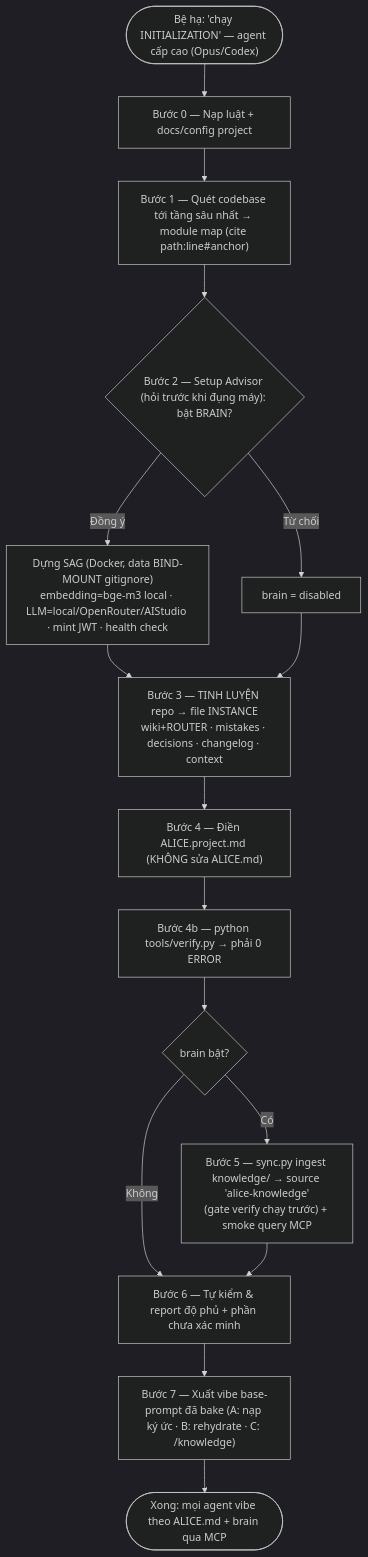
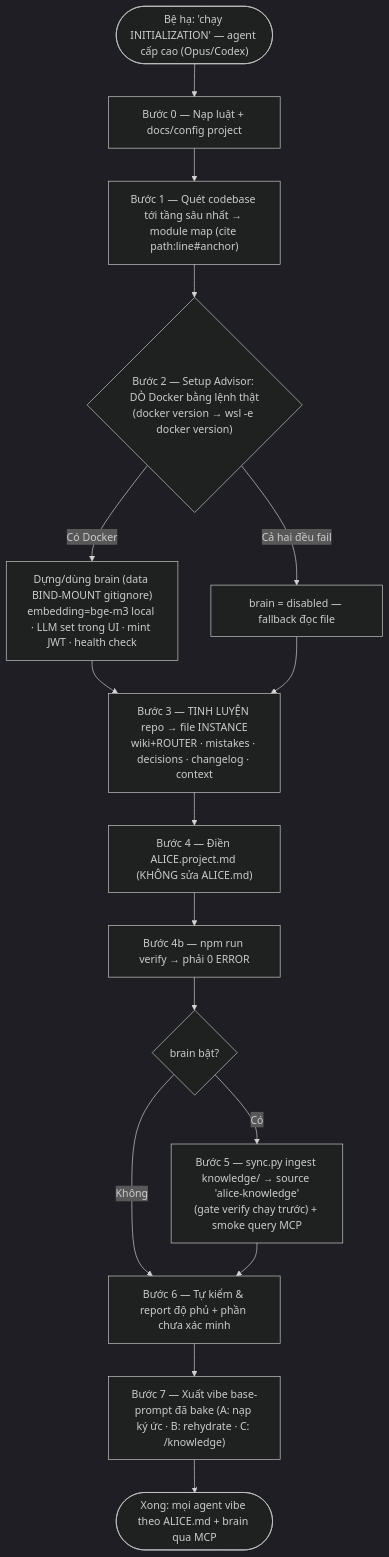
The diagram in INITIALIZATION.md (blueberry-sensei/alice-coding), drawn with Mermaid (dark theme) before and after one commit. The commit also changed other lines of this file and 30 other files, not shown here.

````diff
--- a/INITIALIZATION.md
+++ b/INITIALIZATION.md
@@ -11,18 +11,18 @@
 ```mermaid
 flowchart TD
     A(["Bệ hạ: 'chạy INITIALIZATION' — agent cấp cao (Opus/Codex)"]) --> B["Bước 0 — Nạp luật + docs/config project"]
     B --> C["Bước 1 — Quét codebase tới tầng sâu nhất → module map (cite path:line#anchor)"]
-    C --> D{"Bước 2 — Setup Advisor (hỏi trước khi đụng máy): bật BRAIN?"}
-    D -->|Đồng ý| E["Dựng SAG (Docker, data BIND-MOUNT gitignore)<br/>embedding=bge-m3 local · LLM=local/OpenRouter/AIStudio · mint JWT · health check"]
-    D -->|Từ chối| Ef["brain = disabled"]
+    C --> D{"Bước 2 — Setup Advisor: DÒ Docker bằng lệnh thật<br/>(docker version → wsl -e docker version)"}
+    D -->|Có Docker| E["Dựng/dùng brain (data BIND-MOUNT gitignore)<br/>embedding=bge-m3 local · LLM set trong UI · mint JWT · health check"]
+    D -->|Cả hai đều fail| Ef["brain = disabled — fallback đọc file"]
     E --> F["Bước 3 — TINH LUYỆN repo → file INSTANCE<br/>wiki+ROUTER · mistakes · decisions · changelog · context"]
     Ef --> F
     F --> G4["Bước 4 — Điền ALICE.project.md (KHÔNG sửa ALICE.md)"]
-    G4 --> V["Bước 4b — python tools/verify.py → phải 0 ERROR"]
+    G4 --> V["Bước 4b — npm run verify → phải 0 ERROR"]
     V --> Gq{"brain bật?"}
     Gq -->|Có| G["Bước 5 — sync.py ingest knowledge/ → source 'alice-knowledge'<br/>(gate verify chạy trước) + smoke query MCP"]
     Gq -->|Không| J
     G --> J["Bước 6 — Tự kiểm & report độ phủ + phần chưa xác minh"]
     J --> K["Bước 7 — Xuất vibe base-prompt đã bake (A: nạp ký ức · B: rehydrate · C: /knowledge)"]
     K --> L(["Xong: mọi agent vibe theo ALICE.md + brain qua MCP"])
 ```
````
